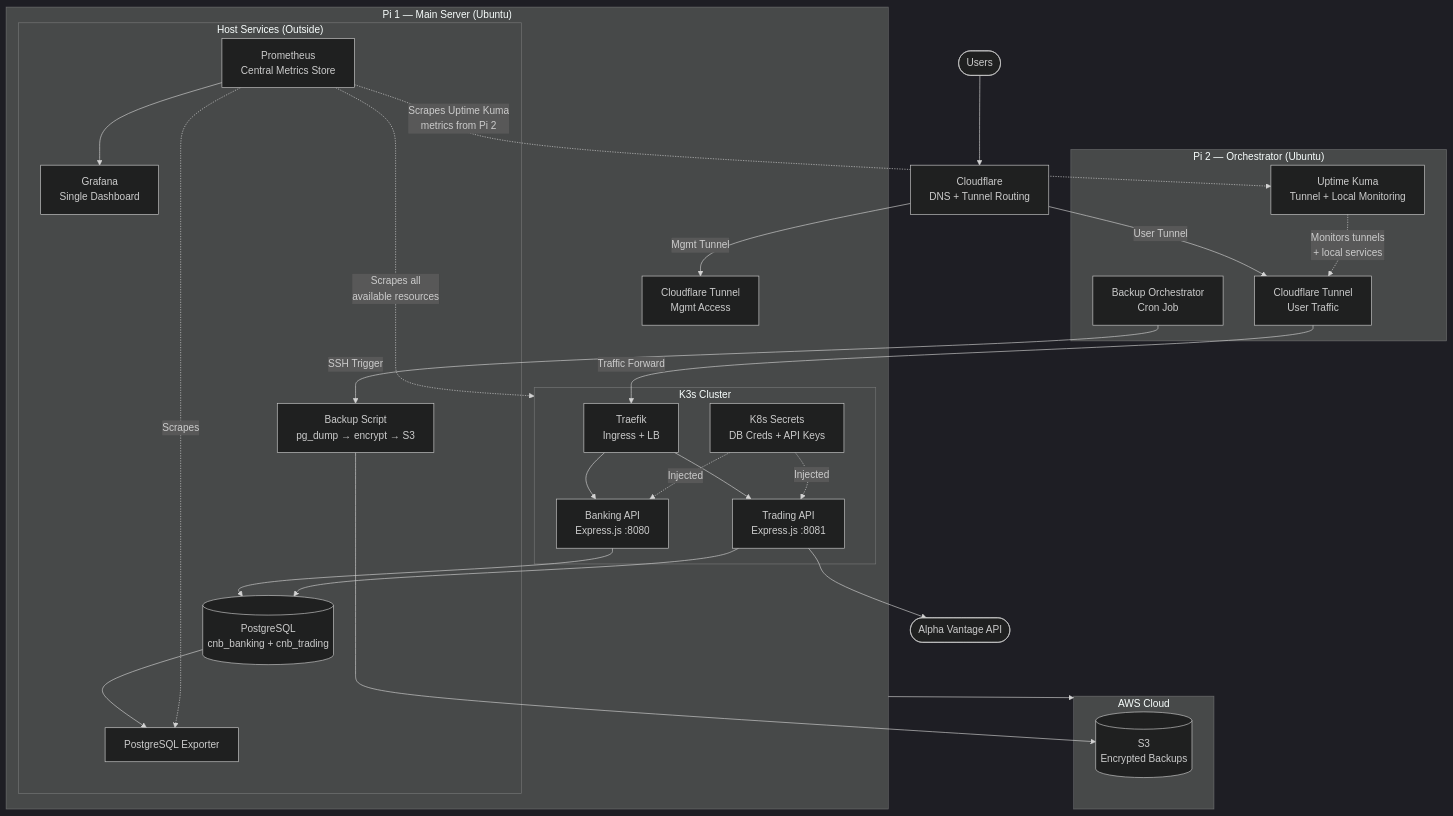
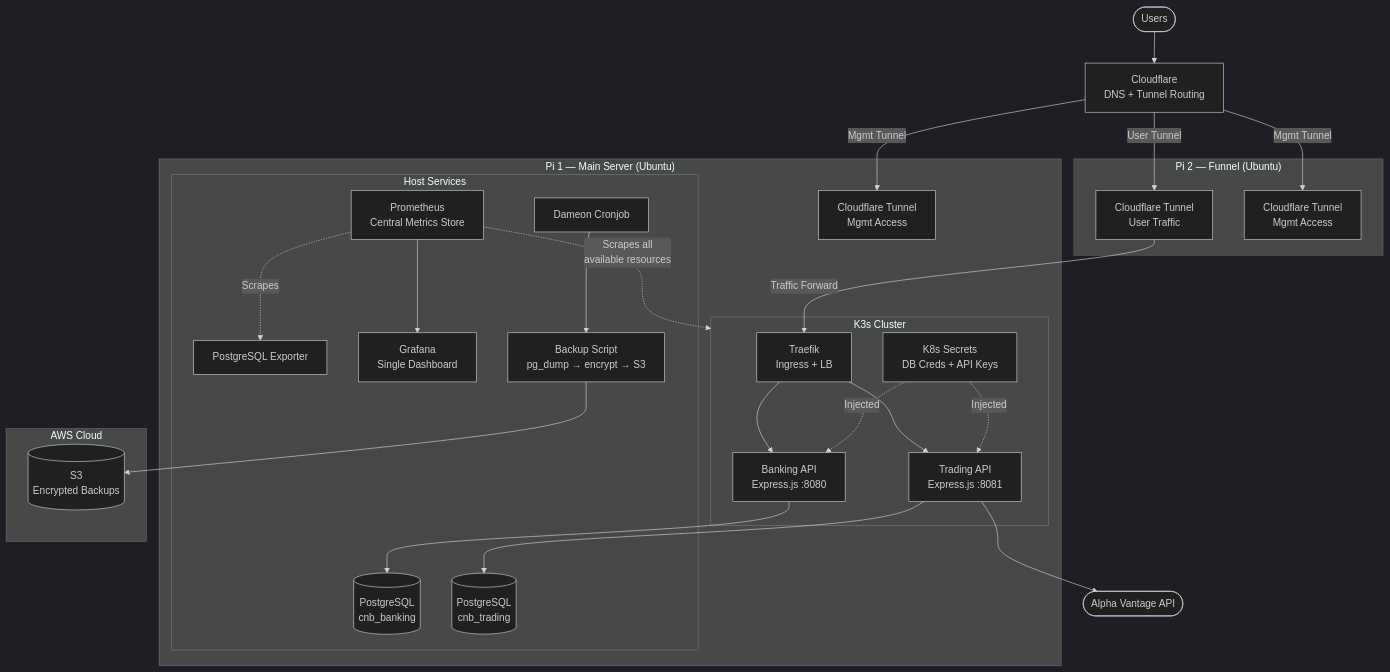
Before and after one commit to Seamus-Hennigan/CNB-Bank: the first of 2 diagrams in README.md, drawn with Mermaid (dark theme). The commit also changed other lines of this file, not shown here.

Commit message:
Refactor architecture diagrams in README.md

````diff
--- a/README.md
+++ b/README.md
@@ -7,59 +7,47 @@
 ```mermaid
-graph TD
-    Users([Users])
-    CF[Cloudflare<br/>DNS + Tunnel Routing]
-    
-    Users --> CF
- 
-    subgraph Pi2["Pi 2 — Orchestrator (Ubuntu)"]
-        CFT2[Cloudflare Tunnel<br/>User Traffic]
-        UK[Uptime Kuma<br/>Tunnel + Local Monitoring]
-        BO[Backup Orchestrator<br/>Cron Job]
-    end
- 
-    subgraph Pi1["Pi 1 — Main Server (Ubuntu)"]
-        subgraph K3s["K3s Cluster"]
-            Traefik[Traefik<br/>Ingress + LB]
-            Banking[Banking API<br/>Express.js :8080]
-            Trading[Trading API<br/>Express.js :8081]
-            Secrets[K8s Secrets<br/>DB Creds + API Keys]
-        end
- 
-        subgraph Host["Host Services (Outside)"]
-            PG[(PostgreSQL<br/>cnb_banking + cnb_trading)]
-            PGExp[PostgreSQL Exporter]
-            Prom[Prometheus<br/>Central Metrics Store]
-            Graf[Grafana<br/>Single Dashboard]
-            Backup[Backup Script<br/>pg_dump → encrypt → S3]
-        end
- 
-        CFMT[Cloudflare Tunnel<br/>Mgmt Access]
-    end
- 
-    subgraph AWS["AWS Cloud"]
-        S3[(S3<br/>Encrypted Backups)]
-    end
- 
-    AV([Alpha Vantage API])
- 
-    CF -- "User Tunnel" --> CFT2
-    CF -- "Mgmt Tunnel" --> CFMT
-    CFT2 -- "Traffic Forward" --> Traefik
-    BO -- "SSH Trigger" --> Backup
-    UK -. "Monitors tunnels<br/>+ local services" .-> CFT2
-    Prom -. "Scrapes Uptime Kuma<br/>metrics from Pi 2" .-> UK
- 
-    Traefik --> Banking
-    Traefik --> Trading
-    Secrets -. "Injected" .-> Banking
-    Secrets -. "Injected" .-> Trading
-    Banking --> PG
-    Trading --> PG
-    Trading --> AV
-    PG --> PGExp
-    Prom -. "Scrapes all<br/> available resources" .-> K3s
-    Prom -. "Scrapes" .-> PGExp
+---
+config:
+  layout: dagre
+---
+flowchart TB
+ subgraph Pi2["Pi 2 — Funnel (Ubuntu)"]
+        CFT2["Cloudflare Tunnel<br>User Traffic"]
+        CFMT2["Cloudflare Tunnel<br>Mgmt Access"]
+  end
+ subgraph K3s["K3s Cluster"]
+        Traefik["Traefik<br>Ingress + LB"]
+        Banking["Banking API<br>Express.js :8080"]
+        Trading["Trading API<br>Express.js :8081"]
+        Secrets["K8s Secrets<br>DB Creds + API Keys"]
+  end
+ subgraph Host["Host Services"]
+        PGB[("PostgreSQL<br>cnb_banking")]
+        PGT[("PostgreSQL<br>cnb_trading")]
+        PGExp["PostgreSQL Exporter"]
+        Prom["Prometheus<br>Central Metrics Store"]
+        Graf["Grafana<br>Single Dashboard"]
+        Backup["Backup Script<br>pg_dump → encrypt → S3"]
+        Cron["Dameon Cronjob"]
+  end
+ subgraph Pi1["Pi 1 — Main Server (Ubuntu)"]
+        K3s
+        Host
+        CFMT["Cloudflare Tunnel<br>Mgmt Access"]
+  end
+ subgraph AWS["AWS Cloud"]
+        S3[("S3<br>Encrypted Backups")]
+  end
+    Users(["Users"]) --> CF["Cloudflare<br>DNS + Tunnel Routing"]
+    CF -- User Tunnel --> CFT2
+    CF -- Mgmt Tunnel --> CFMT & CFMT2
+    CFT2 -- Traffic Forward --> Traefik
+    Traefik --> Banking & Trading
+    Secrets -. Injected .-> Banking & Trading
+    Banking --> PGB
+    Trading --> PGT & AV(["Alpha Vantage API"])
+    Cron --> Backup
+    Prom -. Scrapes all<br> available resources .-> K3s
+    Prom -. Scrapes .-> PGExp
     Prom --> Graf
     Backup --> S3
-    Pi1 --> AWS
 ```
````
